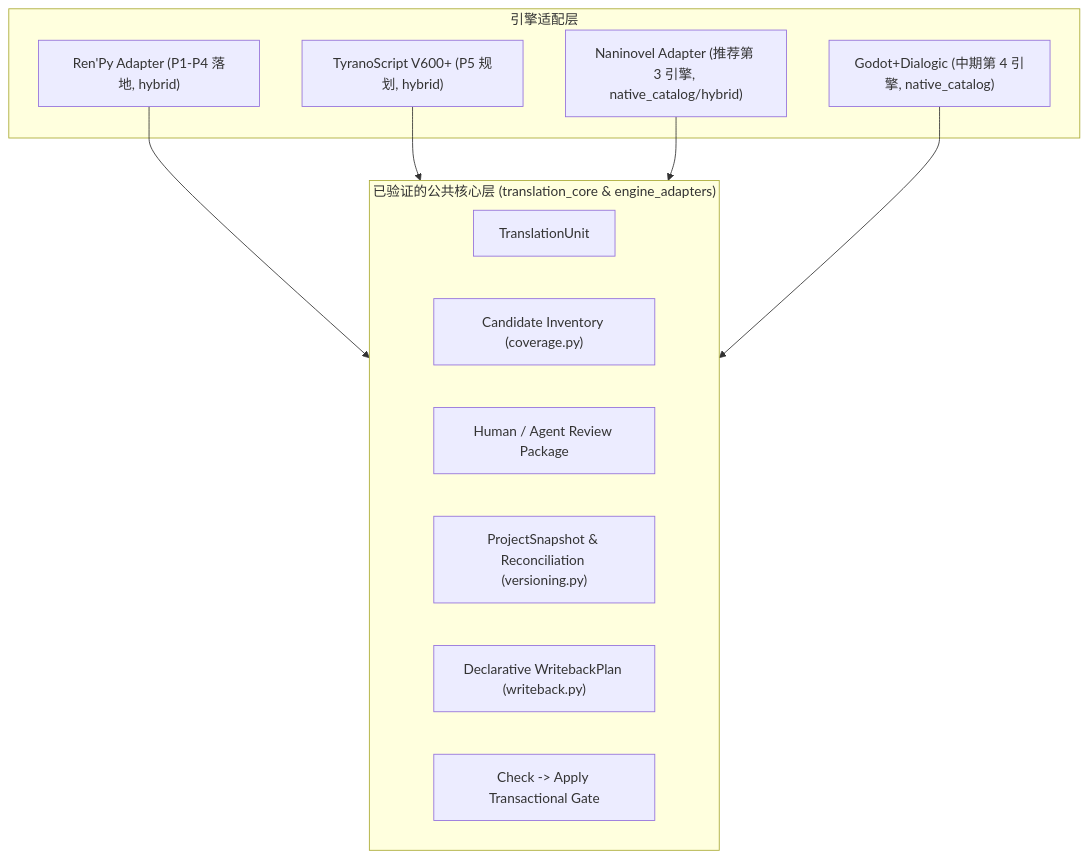
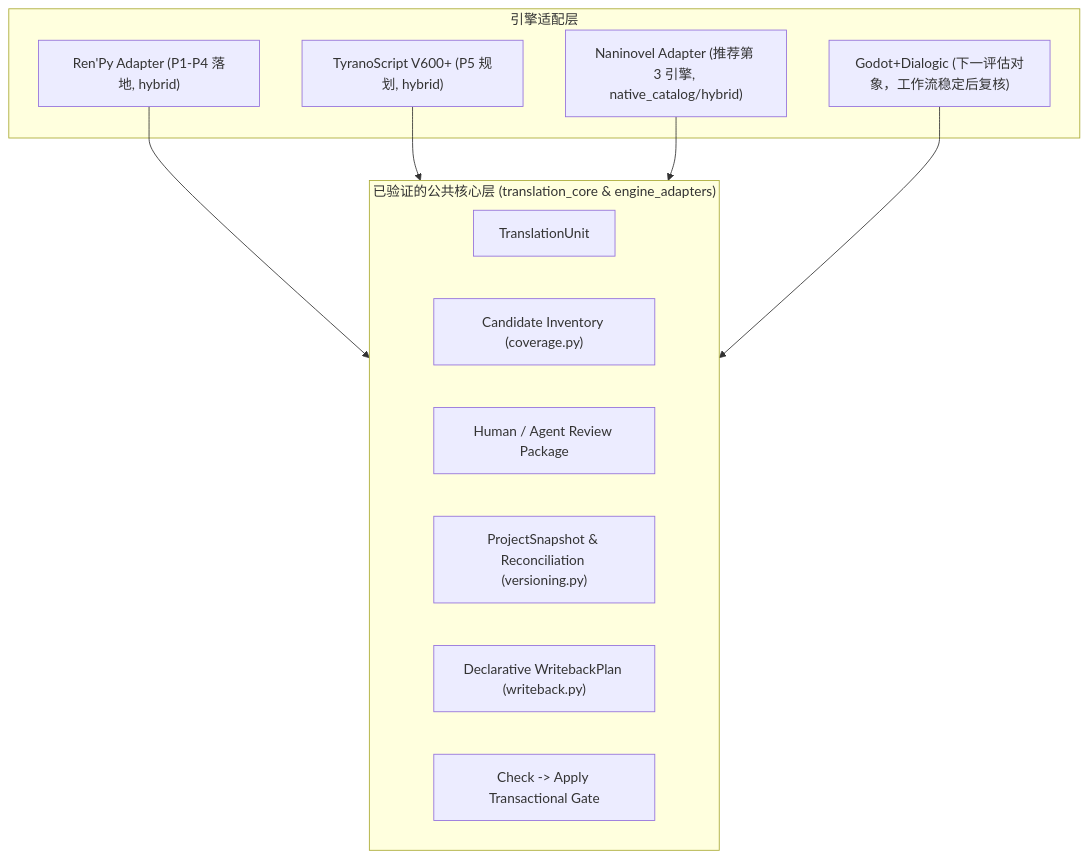
The diagram in docs/plans/visual_novel_localization_matrix.md (hu-border-collie/renpy-translation-lab), drawn with Mermaid before and after one commit. The commit also changed other lines of this file, not shown here.

````diff
--- a/docs/plans/visual_novel_localization_matrix.md
+++ b/docs/plans/visual_novel_localization_matrix.md
@@ -218,23 +318,23 @@
 ```mermaid
 flowchart TD
     subgraph CoreContracts ["已验证的公共核心层 (translation_core & engine_adapters)"]
         TU["TranslationUnit"]
         INV["Candidate Inventory (coverage.py)"]
         REV["Human / Agent Review Package"]
         SNAP["ProjectSnapshot & Reconciliation (versioning.py)"]
         WB["Declarative WritebackPlan (writeback.py)"]
         SAFE["Check -> Apply Transactional Gate"]
     end
 
     subgraph Adapters ["引擎适配层"]
         RPY["Ren'Py Adapter (P1-P4 落地, hybrid)"]
         TYR["TyranoScript V600+ (P5 规划, hybrid)"]
         NANI["Naninovel Adapter (推荐第 3 引擎, native_catalog/hybrid)"]
-        GDO["Godot+Dialogic (中期第 4 引擎, native_catalog)"]
+        GDO["Godot+Dialogic (下一评估对象，工作流稳定后复核)"]
     end
 
     RPY --> CoreContracts
     TYR --> CoreContracts
     NANI --> CoreContracts
     GDO --> CoreContracts
 ```
````
